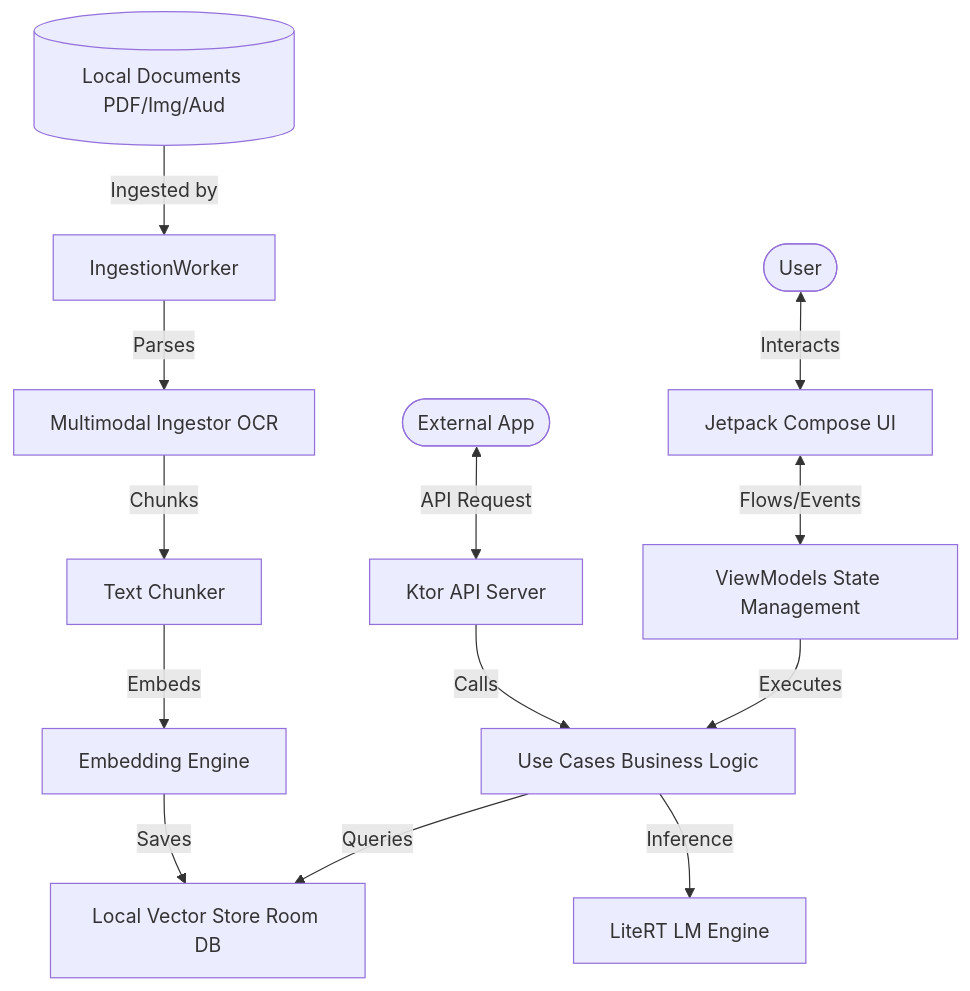
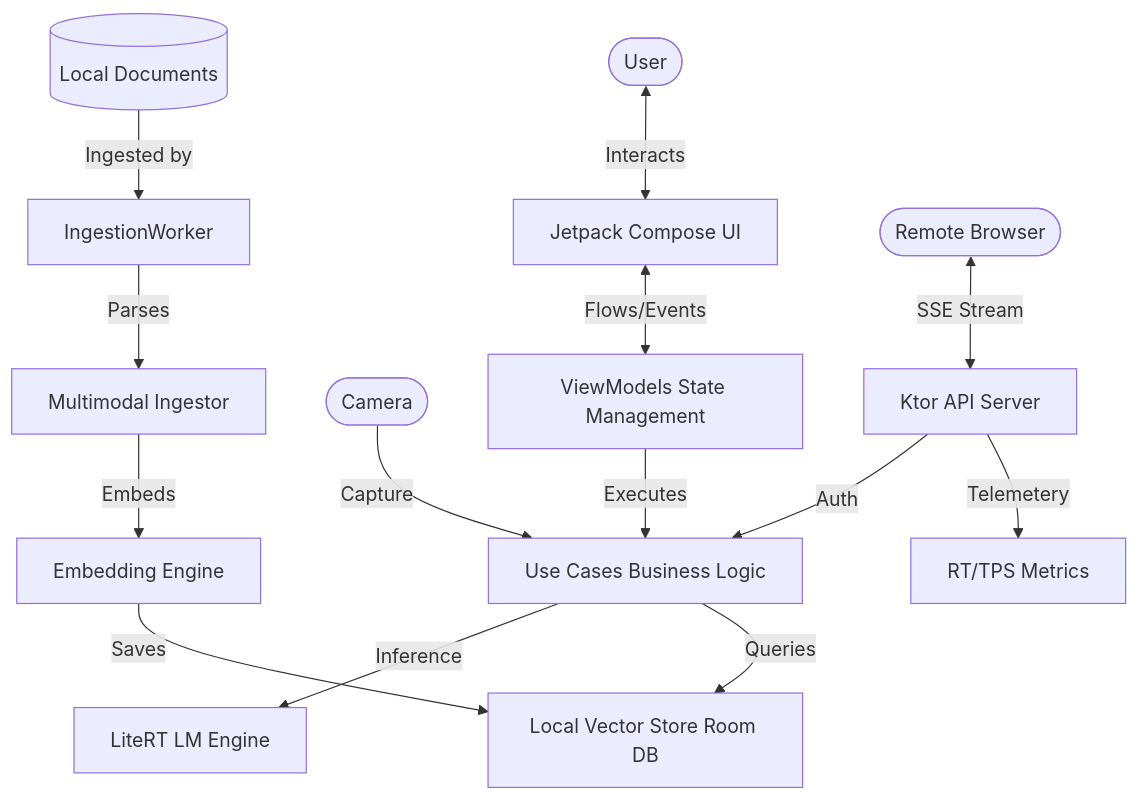
Before and after one commit to kallolchakraborty/Chhanda-AI: the first of 2 diagrams in README.md, drawn with Mermaid. The commit also changed other lines of this file and 17 other files, not shown here.

````diff
--- a/README.md
+++ b/README.md
@@ -27,17 +24,18 @@
 ```mermaid
 graph TD
     User([User]) <-->|Interacts| UI[Jetpack Compose UI]
     UI <-->|Flows/Events| VM[ViewModels State Management]
     VM -->|Executes| UC[Use Cases Business Logic]
     UC -->|Queries| VS[Local Vector Store Room DB]
     UC -->|Inference| LE[LiteRT LM Engine]
     
-    Docs[(Local Documents PDF/Img/Aud)] -->|Ingested by| IW[IngestionWorker]
-    IW -->|Parses| MI[Multimodal Ingestor OCR]
-    MI -->|Chunks| TC[Text Chunker]
-    TC -->|Embeds| EE[Embedding Engine]
+    Camera([Camera]) -->|Capture| UC
+    Docs[(Local Documents)] -->|Ingested by| IW[IngestionWorker]
+    IW -->|Parses| MI[Multimodal Ingestor]
+    MI -->|Embeds| EE[Embedding Engine]
     EE -->|Saves| VS
     
-    ExternalApp([External App]) <-->|API Request| KS[Ktor API Server]
-    KS -->|Calls| UC
+    RemoteUser([Remote Browser]) <-->|SSE Stream| KS[Ktor API Server]
+    KS -->|Telemetery| RT[RT/TPS Metrics]
+    KS -->|Auth| UC
 ```
````
